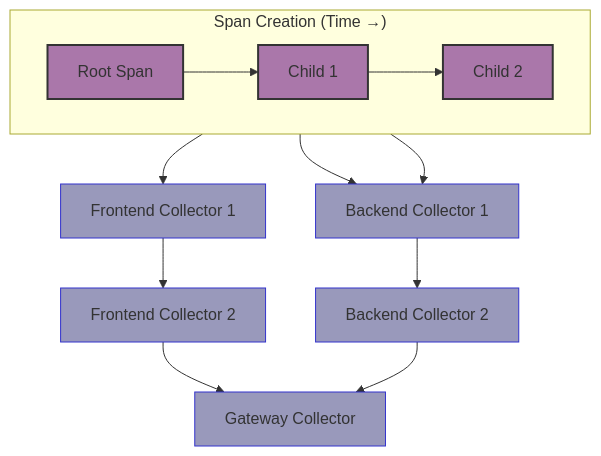
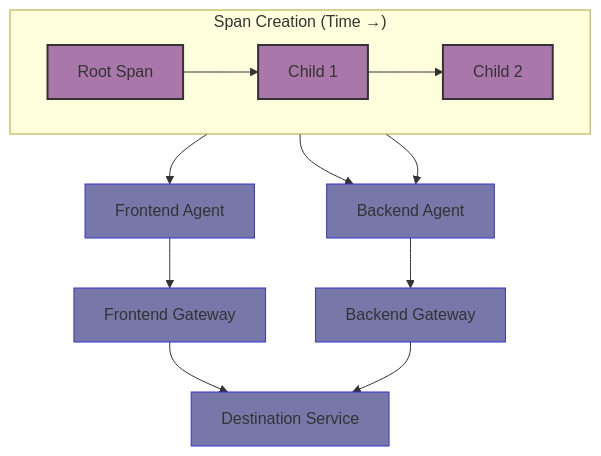
One commit to open-telemetry/opentelemetry-specification changed the diagram in specification/trace/tracestate-probability-sampling.md. Above: the diagram before and after it, drawn with Mermaid.

Commit message:
mermaid6

````diff
--- a/specification/trace/tracestate-probability-sampling.md
+++ b/specification/trace/tracestate-probability-sampling.md
@@ -148,24 +148,24 @@
 ```mermaid
 graph TD
     subgraph "Span Creation (Time →)"
         direction LR
         Root["Root Span"] --> Child1["Child 1"]
         Child1 --> Child2["Child 2"]
     end
     
-    Root --> LC1["Frontend Collector 1"]
-    LC1 --> LC2["Frontend Collector 2"]
+    Root --> LC1["Frontend Agent"]
+    LC1 --> LC2["Frontend Gateway"]
     
-    Child1 --> RC1["Backend Collector 1"]
+    Child1 --> RC1["Backend Agent"]
     Child2 --> RC1
-    RC1 --> RC2["Backend Collector 2"]
+    RC1 --> RC2["Backend Gateway"]
     
-    LC2 --> FC["Gateway Collector"]
+    LC2 --> FC["Destination Service"]
     RC2 --> FC
     
     classDef span fill:#a7a,stroke:#333,stroke-width:2px;
-    classDef collector fill:#99b,stroke:#33c,stroke-width:1px;
+    classDef collector fill:#77a,stroke:#33c,stroke-width:1px;
     
     class Root,Child1,Child2 span;
     class LC1,LC2,RC1,RC2,FC collector;
 ```
````
